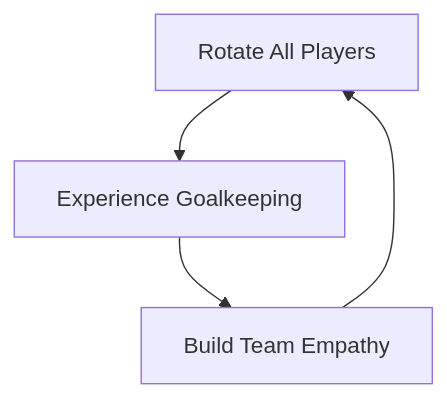
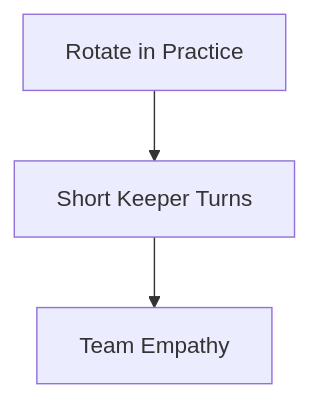
One commit to charlesjnichols/keeper-academy changed the eighth of 11 diagrams in slides/02-curriculum-6-9.md. Above: the diagram before and after it, drawn with Mermaid. The commit also changed other lines of this file and 9 other files, not shown here.

````diff
--- a/slides/02-curriculum-6-9.md
+++ b/slides/02-curriculum-6-9.md
@@ -341,6 +335,5 @@
 ```mermaid {theme: 'base', scale: 0.7}
 flowchart TD
-    A[Rotate All Players] --> B[Experience Goalkeeping]
-    B --> C[Build Team Empathy]
-    C --> A
+    A[Rotate in Practice] --> B[Short Keeper Turns]
+    B --> C[Team Empathy]
 ```
````
